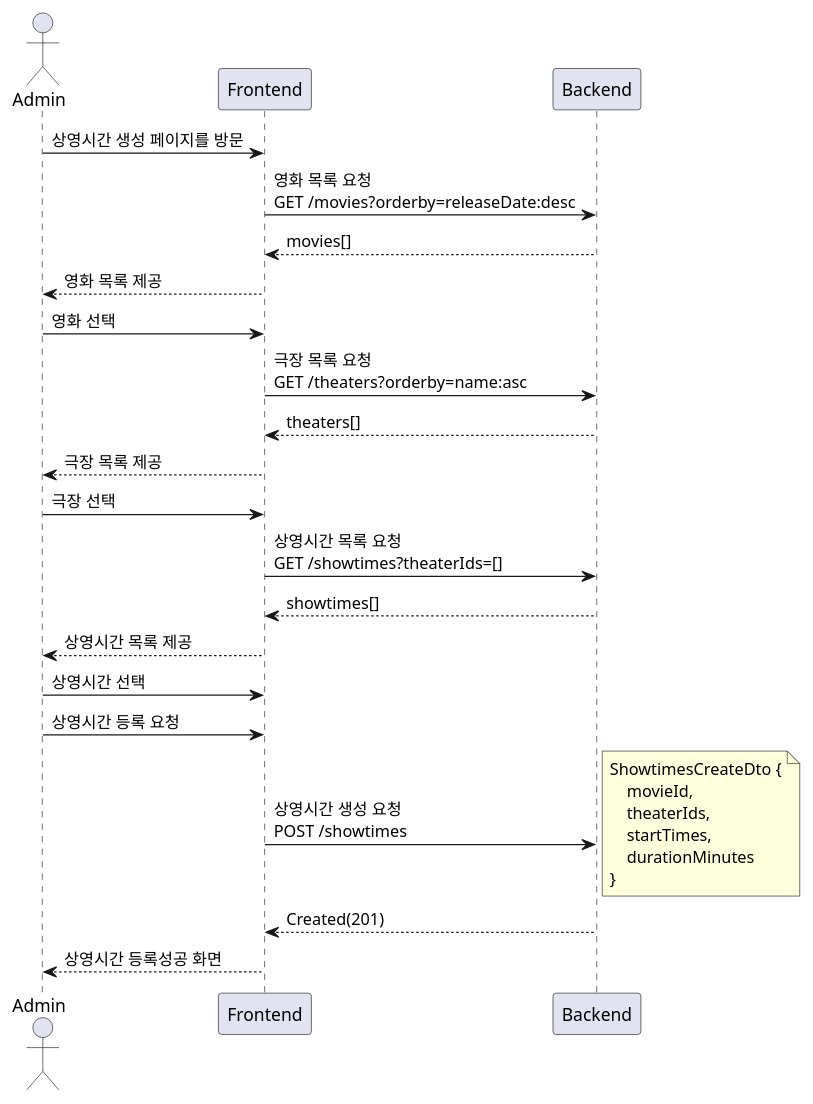
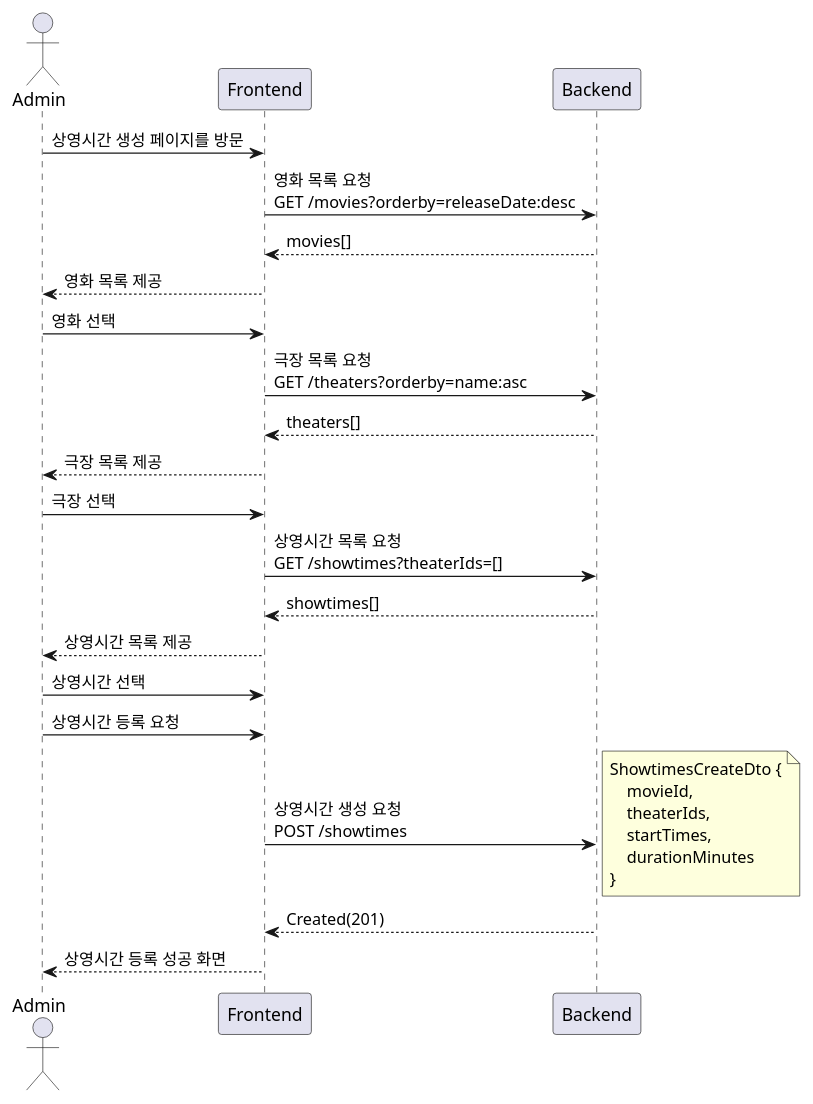
The fourth of 11 diagrams in _posts/2025-05-01-movie-booking-system-2.md (mannercode/mannercode.github.io), drawn with PlantUML before and after one commit. The commit also changed other lines of this file and 30 other files, not shown here.

```diff
--- a/_posts/2025-05-01-movie-booking-system-2.md
+++ b/_posts/2025-05-01-movie-booking-system-2.md
@@ -146,35 +145,35 @@
 {% plantuml %}
 @startuml
 actor Admin
 Admin -> Frontend: 상영시간 생성 페이지를 방문
     Frontend -> Backend:영화 목록 요청\nGET /movies?orderby=releaseDate:desc
     Frontend <-- Backend: movies[]
 Admin <-- Frontend: 영화 목록 제공
 
 Admin -> Frontend: 영화 선택
     Frontend -> Backend:극장 목록 요청\nGET /theaters?orderby=name:asc
     Frontend <-- Backend: theaters[]
 Admin <-- Frontend: 극장 목록 제공
 
 Admin -> Frontend: 극장 선택
     Frontend -> Backend: 상영시간 목록 요청\nGET /showtimes?theaterIds=[]
     Frontend <-- Backend: showtimes[]
 Admin <-- Frontend: 상영시간 목록 제공
 
 Admin -> Frontend: 상영시간 선택
 
 Admin -> Frontend: 상영시간 등록 요청
     Frontend -> Backend: 상영시간 생성 요청\nPOST /showtimes
         note right
         ShowtimesCreateDto {
             movieId,
             theaterIds,
             startTimes,
             durationMinutes
         }
         end note
     Frontend <-- Backend: Created(201)
-Admin <-- Frontend: 상영시간 등록성공 화면
+Admin <-- Frontend: 상영시간 등록 성공 화면
 
 @enduml
 {% endplantuml %}
```
